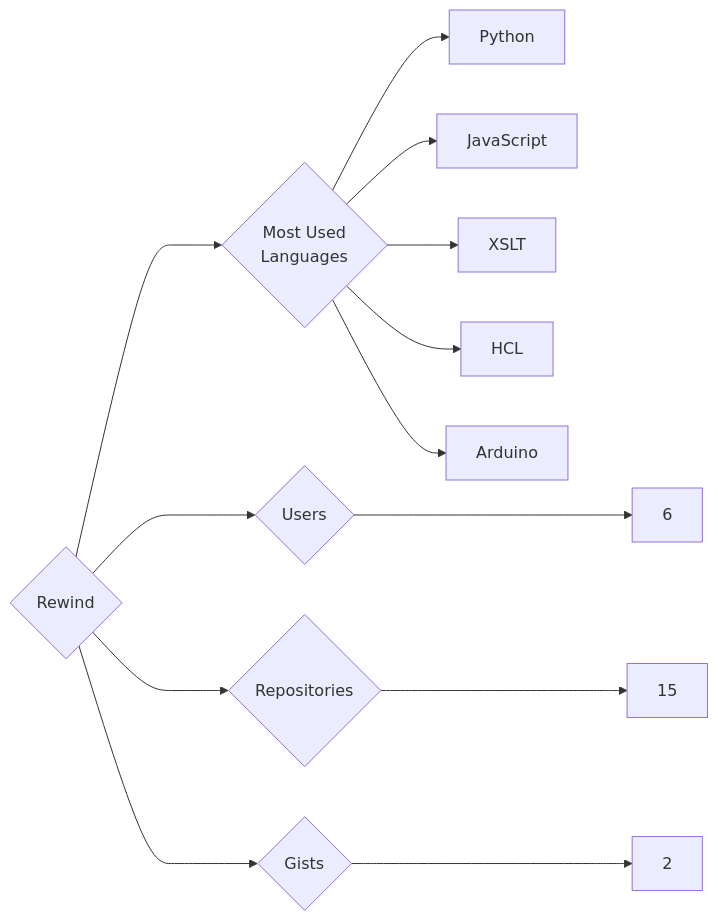
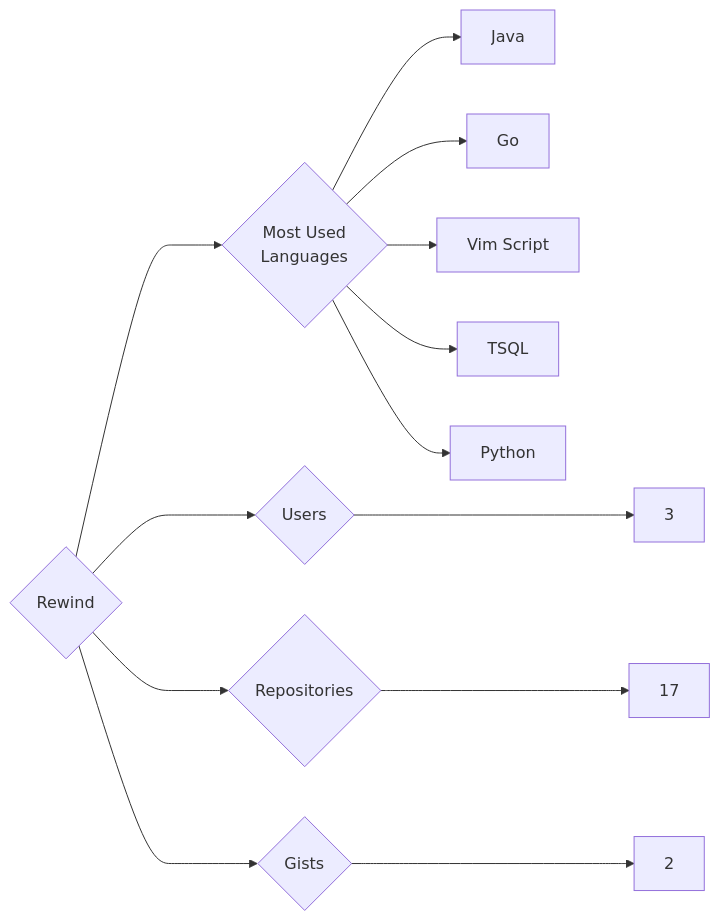
One commit to trickest/insiders changed the diagram in targets/Rewind/README.md. Above: the diagram before and after it, drawn with Mermaid. The commit also changed 815 other files, not shown here.

````diff
--- a/targets/Rewind/README.md
+++ b/targets/Rewind/README.md
@@ -3,13 +3,13 @@
 ```mermaid
 graph LR
 COMPANY_NAME{Rewind}
-COMPANY_NAME ---> U{Users} ---> UN[6]
-COMPANY_NAME ---> R{Repositories} ---> RN[15]
+COMPANY_NAME ---> U{Users} ---> UN[3]
+COMPANY_NAME ---> R{Repositories} ---> RN[17]
 COMPANY_NAME ---> G{Gists} ---> GN[2]
 COMPANY_NAME ---> ML{Most Used<br>Languages}
+ML --> Java[Java]
+ML --> Go[Go]
+ML --> Vim_Script[Vim Script]
+ML --> TSQL[TSQL]
 ML --> Python[Python]
-ML --> JavaScript[JavaScript]
-ML --> XSLT[XSLT]
-ML --> HCL[HCL]
-ML --> Arduino[Arduino]
 ```
````
